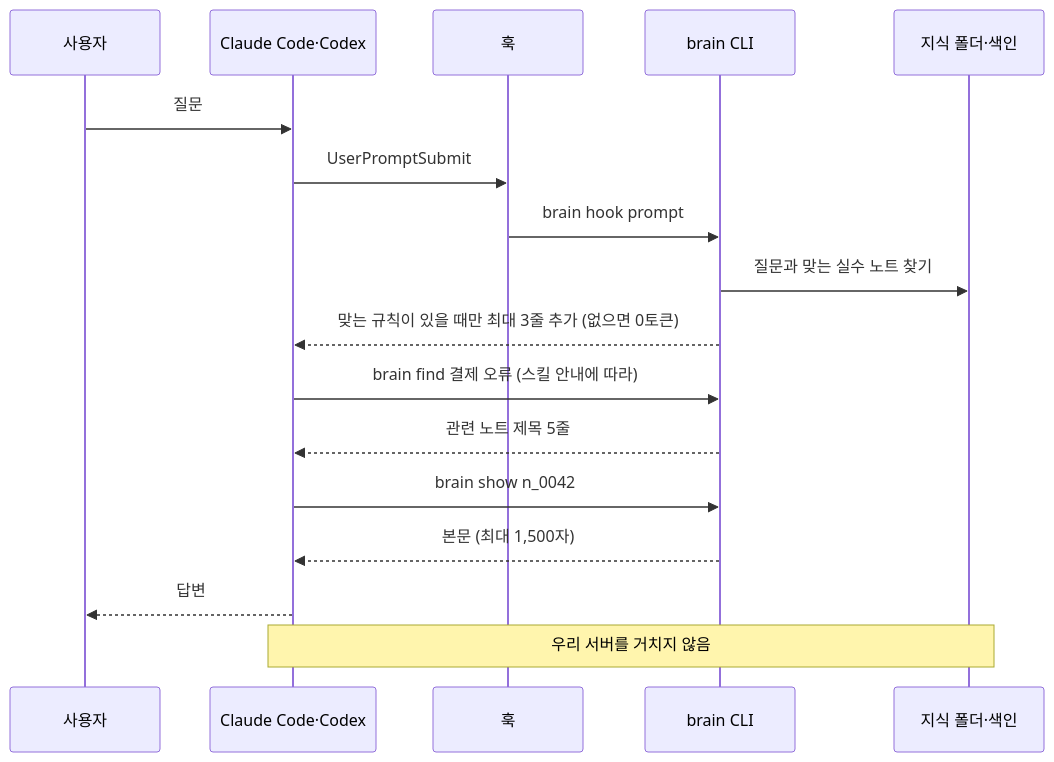
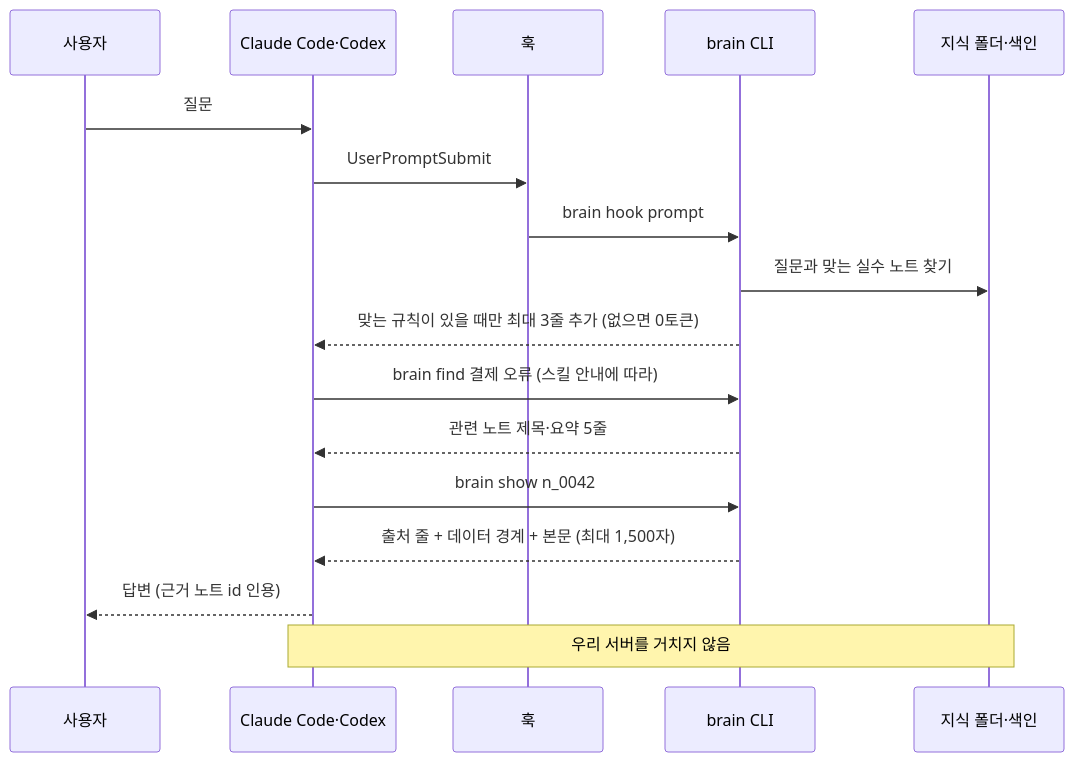
The third of 6 diagrams in docs/설계서.md (konga22/second-brain), drawn with Mermaid before and after one commit. The commit also changed other lines of this file, not shown here.

````diff
--- a/docs/설계서.md
+++ b/docs/설계서.md
@@ -258,19 +315,19 @@
 ```mermaid
 sequenceDiagram
   participant U as 사용자
   participant A as Claude Code·Codex
   participant H as 훅
   participant B as brain CLI
   participant V as 지식 폴더·색인
   U->>A: 질문
   A->>H: UserPromptSubmit
   H->>B: brain hook prompt
   B->>V: 질문과 맞는 실수 노트 찾기
   B-->>A: 맞는 규칙이 있을 때만 최대 3줄 추가 (없으면 0토큰)
   A->>B: brain find 결제 오류 (스킬 안내에 따라)
-  B-->>A: 관련 노트 제목 5줄
+  B-->>A: 관련 노트 제목·요약 5줄
   A->>B: brain show n_0042
-  B-->>A: 본문 (최대 1,500자)
-  A-->>U: 답변
+  B-->>A: 출처 줄 + 데이터 경계 + 본문 (최대 1,500자)
+  A-->>U: 답변 (근거 노트 id 인용)
   Note over A,V: 우리 서버를 거치지 않음
 ```
````
